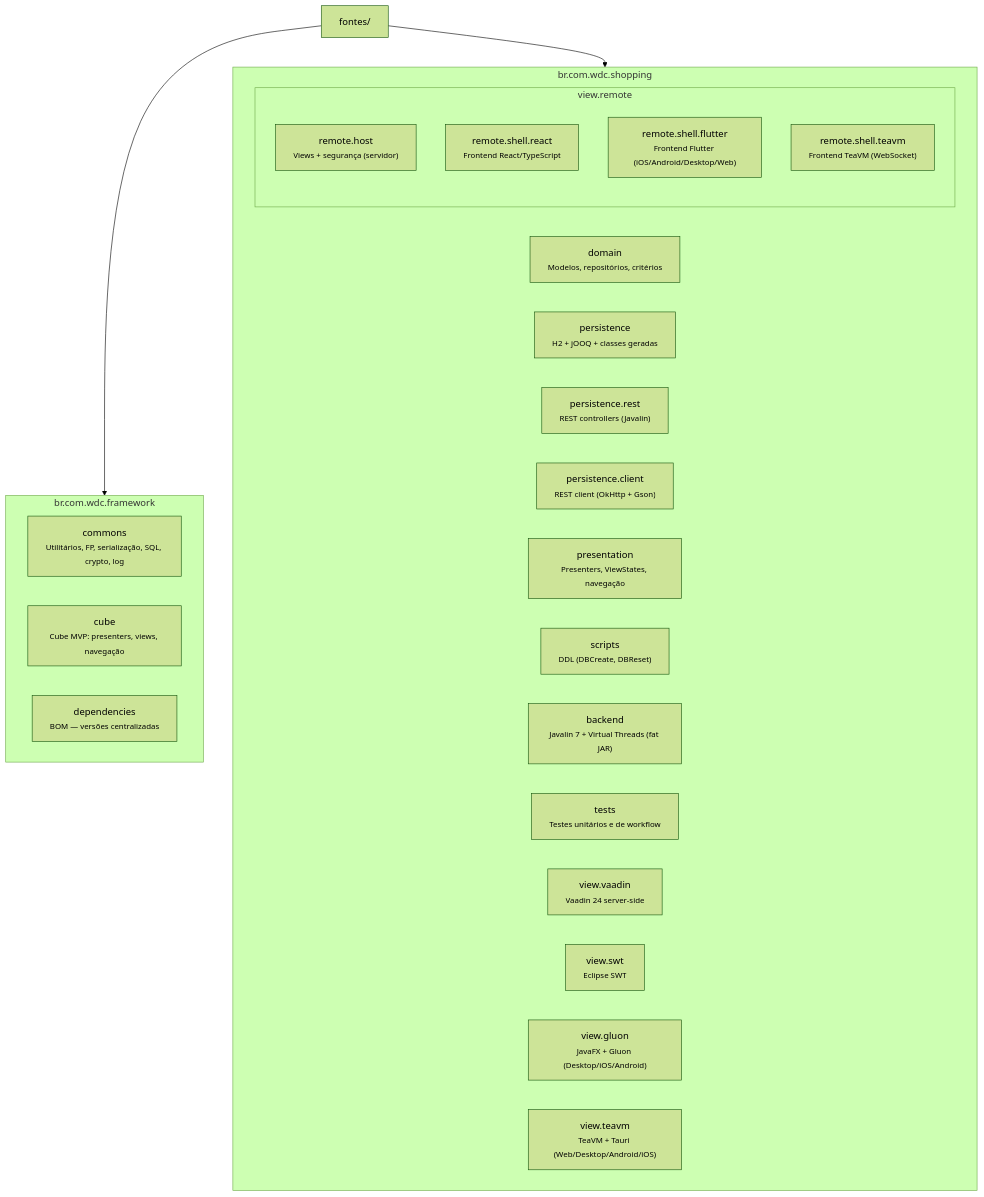
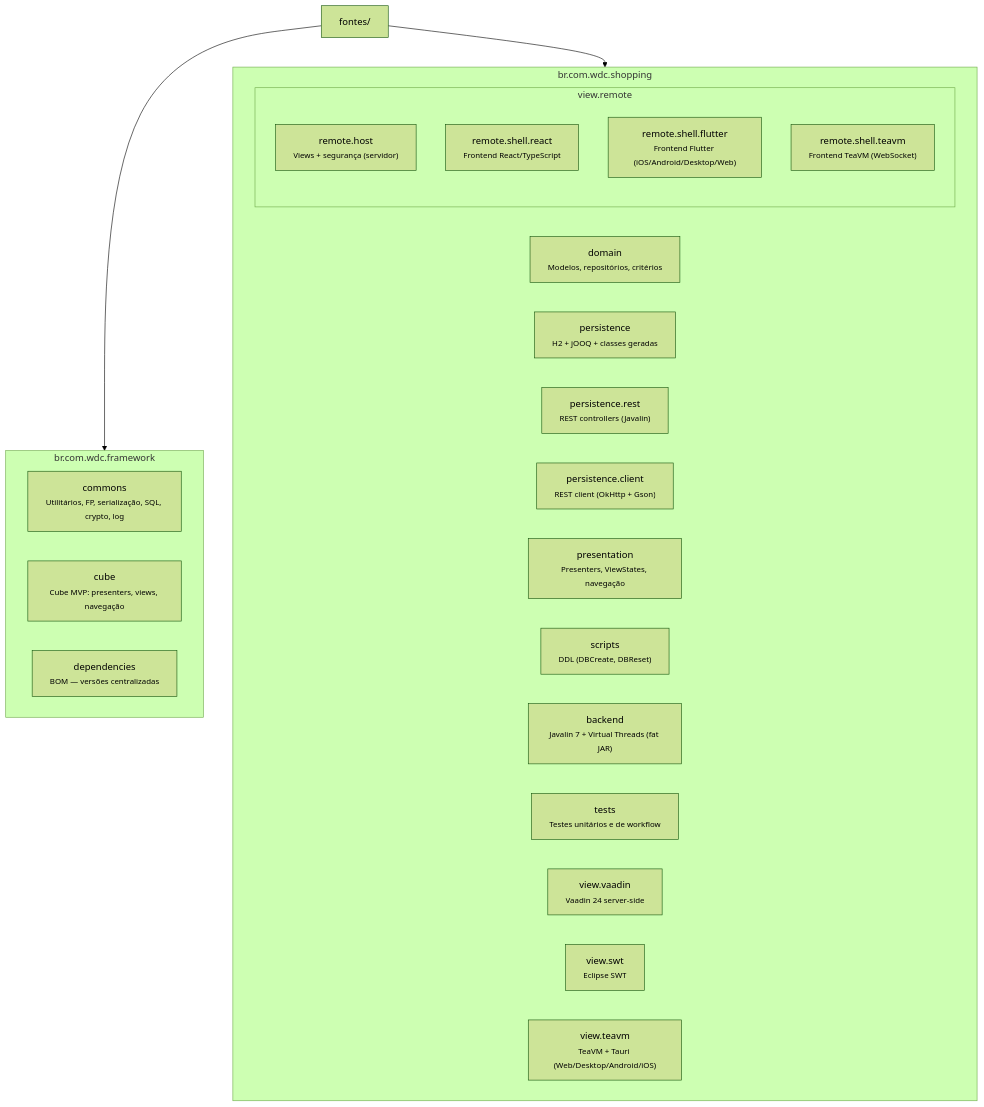
One commit to mrcdom/wdc-cube-java-v2 changed the second of 3 diagrams in README.md. Above: the diagram before and after it, drawn with Mermaid (forest theme). The commit also changed other lines of this file and 86 other files, not shown here.

````diff
--- a/README.md
+++ b/README.md
@@ -62,36 +59,35 @@
 ```mermaid
 graph TD
     fontes["fontes/"]
 
     subgraph Framework["br.com.wdc.framework"]
         commons["commons<br/><small>Utilitários, FP, serialização, SQL, crypto, log</small>"]
         cube["cube<br/><small>Cube MVP: presenters, views, navegação</small>"]
         deps["dependencies<br/><small>BOM — versões centralizadas</small>"]
     end
 
     subgraph Shopping["br.com.wdc.shopping"]
         domain["domain<br/><small>Modelos, repositórios, critérios</small>"]
         persistence["persistence<br/><small>H2 + jOOQ + classes geradas</small>"]
         persistRest["persistence.rest<br/><small>REST controllers (Javalin)</small>"]
         persistClient["persistence.client<br/><small>REST client (OkHttp + Gson)</small>"]
         presentation["presentation<br/><small>Presenters, ViewStates, navegação</small>"]
         scripts["scripts<br/><small>DDL (DBCreate, DBReset)</small>"]
         backend["backend<br/><small>Javalin 7 + Virtual Threads (fat JAR)</small>"]
         tests["tests<br/><small>Testes unitários e de workflow</small>"]
 
         subgraph ViewReact["view.remote"]
             reactHost["remote.host<br/><small>Views + segurança (servidor)</small>"]
             reactShellReact["remote.shell.react<br/><small>Frontend React/TypeScript</small>"]
             reactShellFlutter["remote.shell.flutter<br/><small>Frontend Flutter (iOS/Android/Desktop/Web)</small>"]
             reactShellTeavm["remote.shell.teavm<br/><small>Frontend TeaVM (WebSocket)</small>"]
         end
 
         viewVaadin["view.vaadin<br/><small>Vaadin 24 server-side</small>"]
         viewSwt["view.swt<br/><small>Eclipse SWT</small>"]
-        viewGluon["view.gluon<br/><small>JavaFX + Gluon (Desktop/iOS/Android)</small>"]
         viewTeavm["view.teavm<br/><small>TeaVM + Tauri (Web/Desktop/Android/iOS)</small>"]
     end
 
     fontes --> Framework
     fontes --> Shopping
 ```
````
